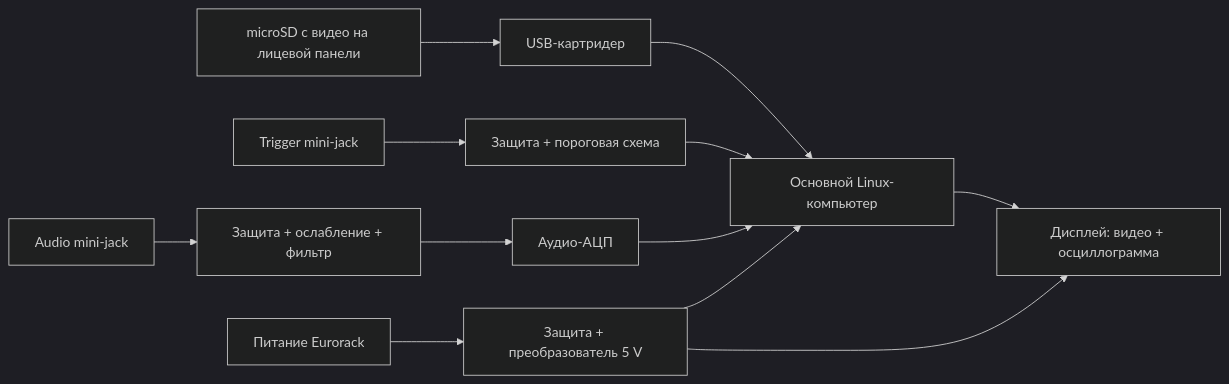
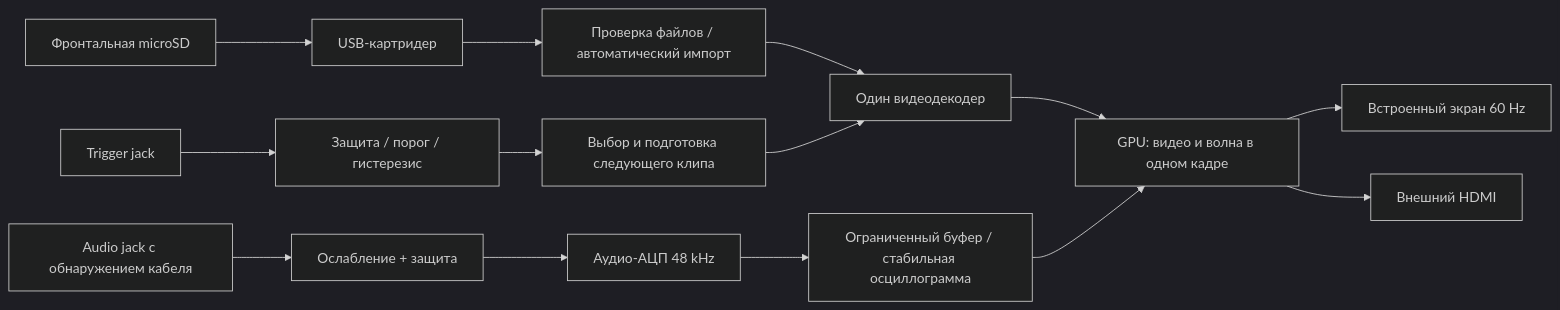
The diagram in docs/v2-design.md (vverbawork-a11y/adhd), drawn with Mermaid (dark theme) before and after one commit. The commit also changed other lines of this file and 14 other files, not shown here.

````diff
--- a/docs/v2-design.md
+++ b/docs/v2-design.md
@@ -38,14 +51,16 @@
 ```mermaid
 flowchart LR
-    SD["microSD с видео на лицевой панели"] --> Reader["USB-картридер"]
-    Reader --> Pi["Основной Linux-компьютер"]
-    Trigger["Trigger mini-jack"] --> Guard["Защита + пороговая схема"]
-    Guard --> Pi
-    Audio["Audio mini-jack"] --> Front["Защита + ослабление + фильтр"]
-    Front --> ADC["Аудио-АЦП"]
-    ADC --> Pi
-    Pi --> Display["Дисплей: видео + осциллограмма"]
-    Power["Питание Eurorack"] --> Reg["Защита + преобразователь 5 V"]
-    Reg --> Pi
-    Reg --> Display
+    Card["Фронтальная microSD"] --> Reader["USB-картридер"]
+    Reader --> Import["Проверка файлов / автоматический импорт"]
+    Import --> Decode["Один видеодекодер"]
+    Audio["Audio jack с обнаружением кабеля"] --> Protect["Ослабление + защита"]
+    Protect --> ADC["Аудио-АЦП 48 kHz"]
+    ADC --> Ring["Ограниченный буфер / стабильная осциллограмма"]
+    Decode --> GPU["GPU: видео и волна в одном кадре"]
+    Ring --> GPU
+    GPU --> Local["Встроенный экран 60 Hz"]
+    GPU --> HDMI["Внешний HDMI"]
+    CV["Trigger jack"] --> Guard["Защита / порог / гистерезис"]
+    Guard --> Queue["Выбор и подготовка следующего клипа"]
+    Queue --> Decode
 ```
````
